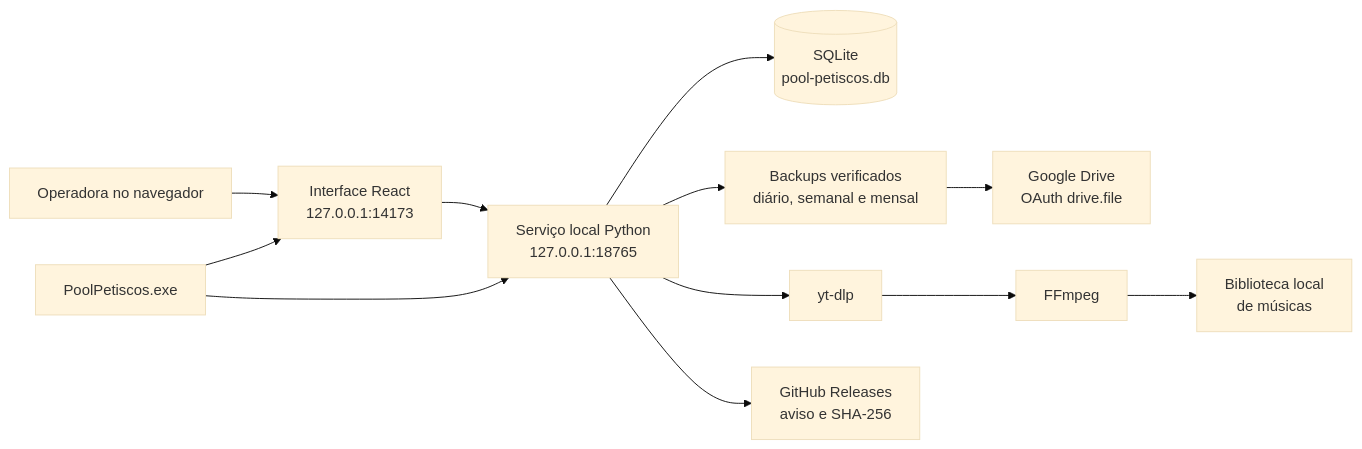
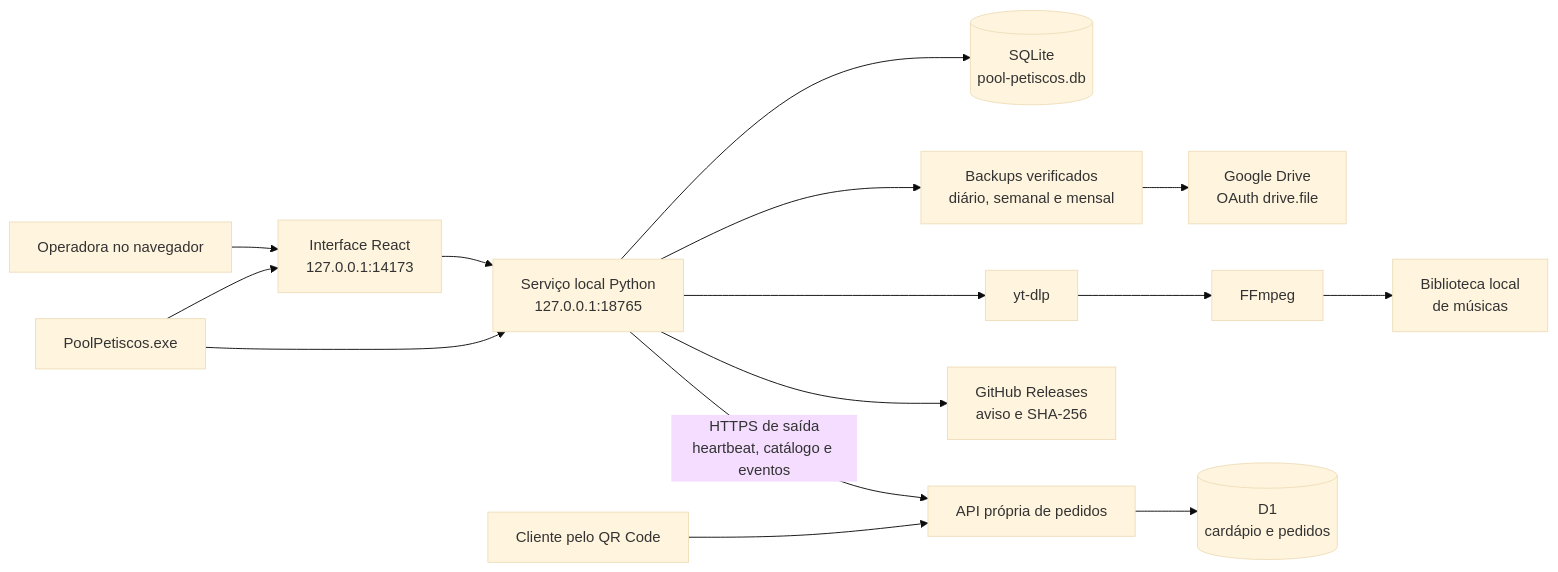
One commit to mayvzx/sistema-poolpetiscos changed the diagram in docs/architecture/ARQUITETURA.md. Above: the diagram before and after it, drawn with Mermaid (base theme). The commit also changed other lines of this file and 39 other files, not shown here.

Commit message:
feat: adiciona cardápio digital e API própria

````diff
--- a/docs/architecture/ARQUITETURA.md
+++ b/docs/architecture/ARQUITETURA.md
@@ -9,14 +9,17 @@
 ```mermaid
 flowchart LR
     O["Operadora no navegador"] --> UI["Interface React<br/>127.0.0.1:14173"]
     UI --> API["Serviço local Python<br/>127.0.0.1:18765"]
     API --> DB[("SQLite<br/>pool-petiscos.db")]
     API --> BK["Backups verificados<br/>diário, semanal e mensal"]
     BK --> GD["Google Drive<br/>OAuth drive.file"]
     API --> YT["yt-dlp"]
     API --> GH["GitHub Releases<br/>aviso e SHA-256"]
+    API -->|"HTTPS de saída<br/>heartbeat, catálogo e eventos"| OA["API própria de pedidos"]
+    QR["Cliente pelo QR Code"] --> OA
+    OA --> OD[("D1<br/>cardápio e pedidos")]
     YT --> FF["FFmpeg"]
     FF --> MU["Biblioteca local<br/>de músicas"]
     LA["PoolPetiscos.exe"] --> UI
     LA --> API
 ```
````
